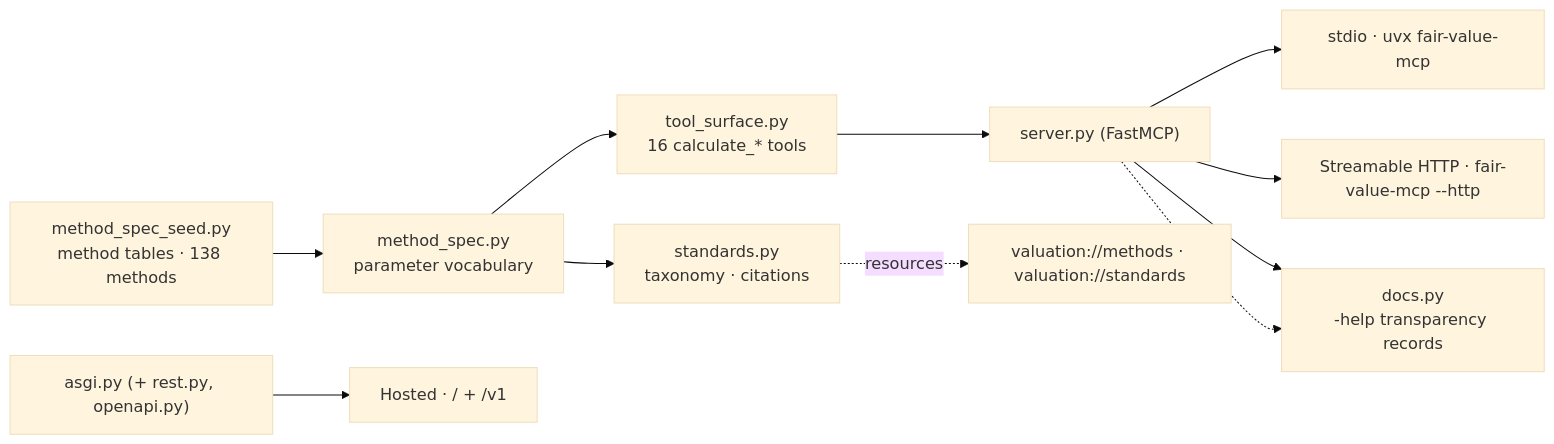
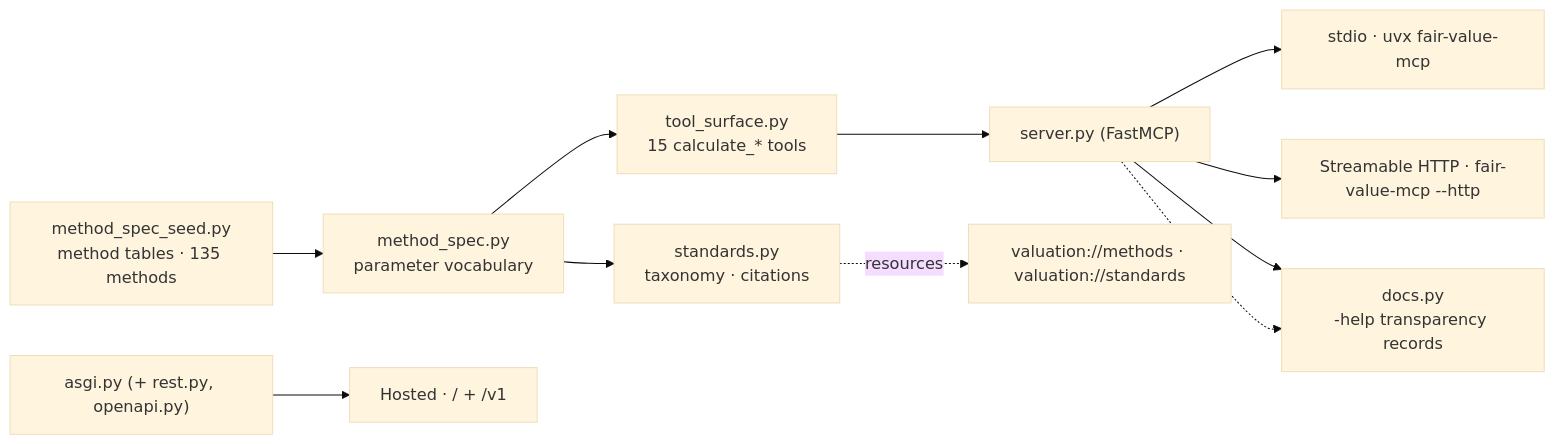
Before and after one commit to simonmak-ascent/fair-value: the second of 3 diagrams in README.md, drawn with Mermaid (base theme). The commit also changed other lines of this file and 60 other files, not shown here.

````diff
--- a/README.md
+++ b/README.md
@@ -144,13 +142,13 @@
 ```mermaid
 flowchart LR
-  SEED["method_spec_seed.py<br/>method tables · 138 methods"] --> SPEC["method_spec.py<br/>parameter vocabulary"]
-  SPEC --> SURF["tool_surface.py<br/>16 calculate_* tools"]
+  SEED["method_spec_seed.py<br/>method tables · 135 methods"] --> SPEC["method_spec.py<br/>parameter vocabulary"]
+  SPEC --> SURF["tool_surface.py<br/>15 calculate_* tools"]
   SPEC --> STD["standards.py<br/>taxonomy · citations"]
   SURF --> SRV["server.py (FastMCP)"]
   SRV --> STDIO["stdio · uvx fair-value-mcp"]
   SRV --> HTTP["Streamable HTTP · fair-value-mcp --http"]
   ASGI["asgi.py (+ rest.py, openapi.py)"] --> HOST["Hosted · / + /v1"]
   SRV --> DOCS["docs.py<br/>-help transparency records"]
   STD -.->|resources| RES["valuation://methods · valuation://standards"]
   SRV -.-> DOCS
 ```
````
